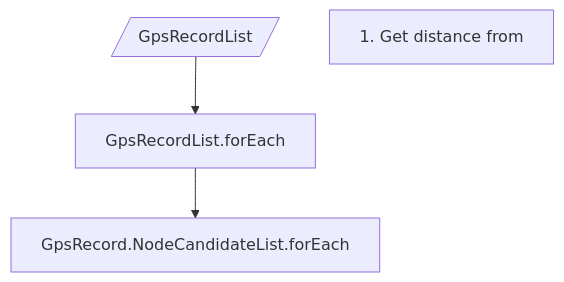
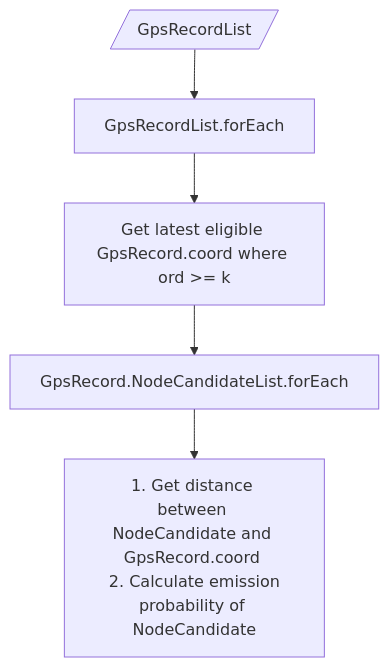
The diagram in emission.mmd (tw-yoo/appmeter-revising-flowchart), drawn with Mermaid before and after one commit.

Commit message:
add emission. wip: eligibility check 수정 필요. GpsRecordList에 가장 최근 eligible GpsRecord 추가

```diff
--- a/emission.mmd
+++ b/emission.mmd
@@ -1,8 +1,10 @@
 flowchart TD
     I[/GpsRecordList/]
     GpsRecordListLoop[GpsRecordList.forEach]
+    LatestEligibleCoord[Get latest eligible GpsRecord.coord where ord >= k]
     NodeCandidateListLoop[GpsRecord.NodeCandidateList.forEach]
-    
-    GetEmission[1. Get distance from ]
 
-    I --> GpsRecordListLoop --> NodeCandidateListLoop
+    GetEmission[1. Get distance between NodeCandidate and GpsRecord.coord <br> 2. Calculate emission probability of NodeCandidate]
+
+    I --> GpsRecordListLoop --> LatestEligibleCoord --> NodeCandidateListLoop
+    NodeCandidateListLoop --> GetEmission
```
